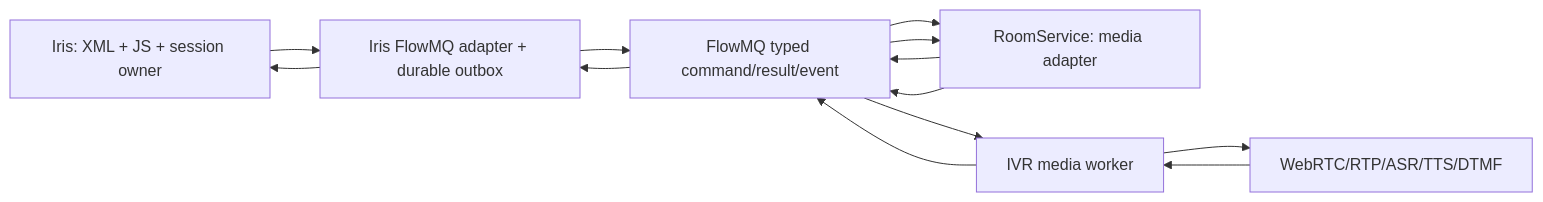
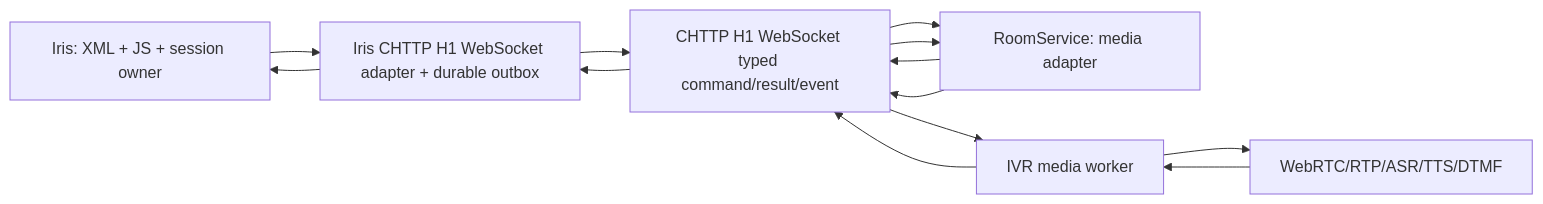
One commit to qigao/turbomedia changed the diagram in webrtc/ivr/README.md. Above: the diagram before and after it, drawn with Mermaid. The commit also changed other lines of this file and 162 other files, not shown here.

````diff
--- a/webrtc/ivr/README.md
+++ b/webrtc/ivr/README.md
@@ -14,12 +14,12 @@
 ```mermaid
 flowchart LR
   Iris[Iris: XML + JS + session owner]
-  IrisMQ[Iris FlowMQ adapter + durable outbox]
+  IrisMQ[Iris CHTTP H1 WebSocket adapter + durable outbox]
   Room[RoomService: media adapter]
-  MQ[FlowMQ typed command/result/event]
+  MQ[CHTTP H1 WebSocket typed command/result/event]
   Worker[IVR media worker]
   Media[WebRTC/RTP/ASR/TTS/DTMF]
 
   Iris --> IrisMQ --> MQ --> Room --> MQ --> Worker --> Media
   Media --> Worker --> MQ --> Room --> MQ --> IrisMQ --> Iris
 ```
````
